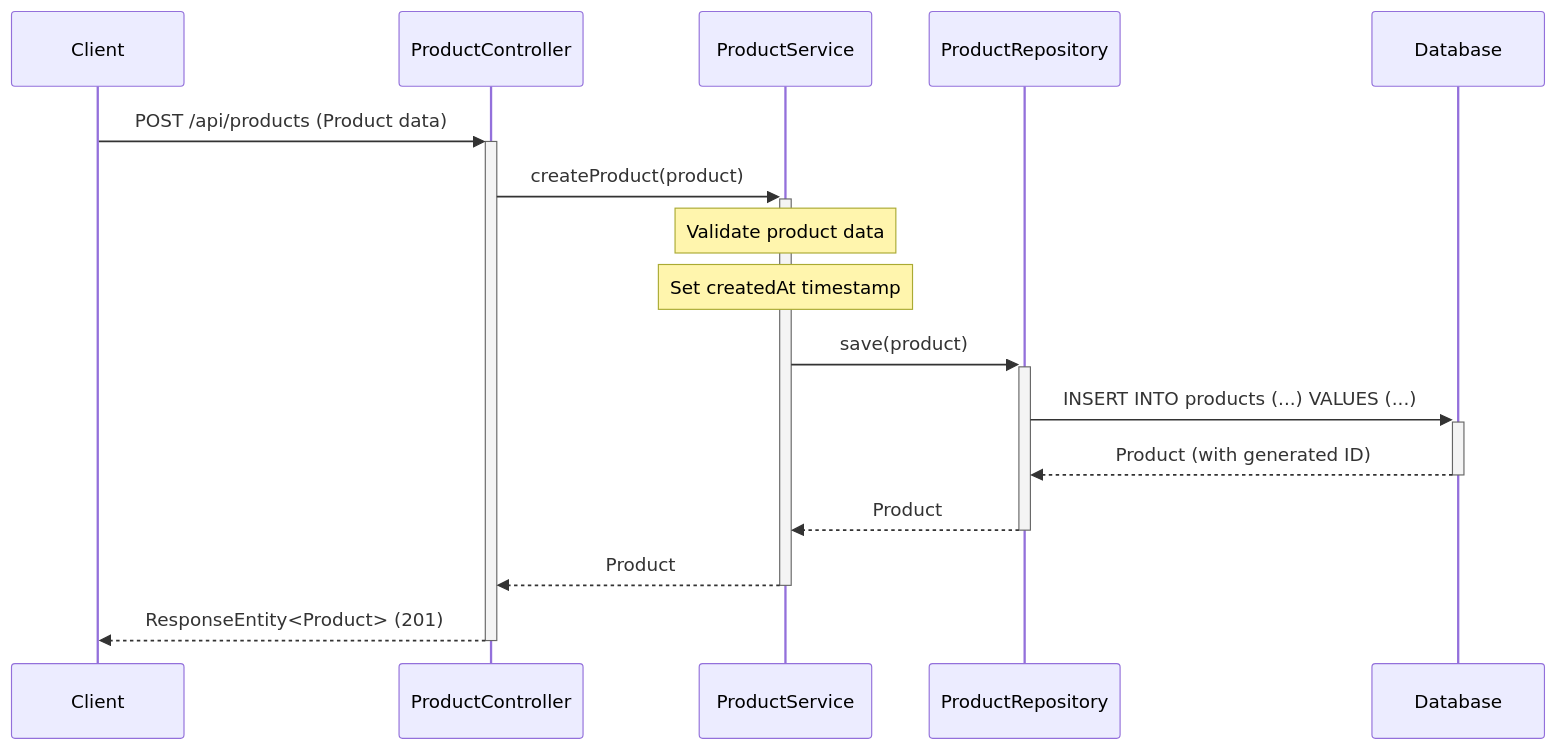
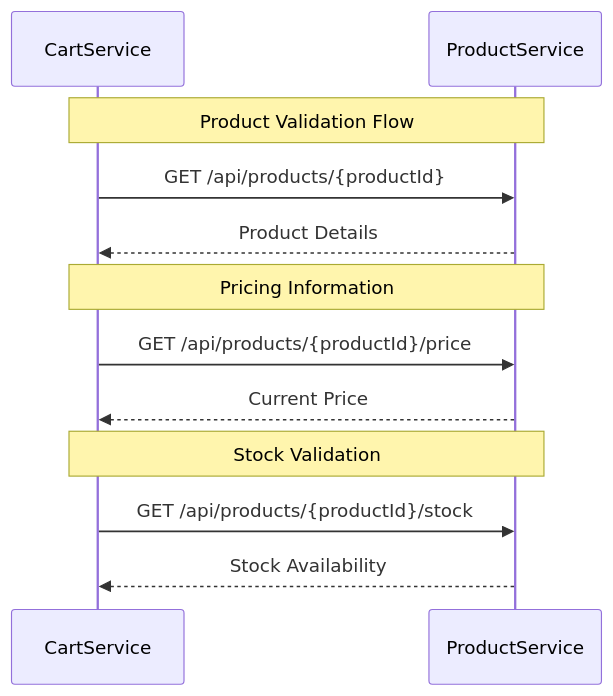
The sixth of 8 diagrams in docs/LLD/lld.md (NavneetBN47/aava-ecom-demo), drawn with Mermaid before and after one commit. The commit also changed other lines of this file, not shown here.

````diff
--- a/docs/LLD/lld.md
+++ b/docs/LLD/lld.md
@@ -147,21 +609,17 @@
 ```mermaid
 sequenceDiagram
-    participant Client
-    participant ProductController
+    participant CartService
     participant ProductService
-    participant ProductRepository
-    participant Database
     
-    Client->>+ProductController: POST /api/products (Product data)
-    ProductController->>+ProductService: createProduct(product)
+    Note over CartService,ProductService: Product Validation Flow
+    CartService->>ProductService: GET /api/products/{productId}
+    ProductService-->>CartService: Product Details
     
-    Note over ProductService: Validate product data
-    Note over ProductService: Set createdAt timestamp
+    Note over CartService,ProductService: Pricing Information
+    CartService->>ProductService: GET /api/products/{productId}/price
+    ProductService-->>CartService: Current Price
     
-    ProductService->>+ProductRepository: save(product)
-    ProductRepository->>+Database: INSERT INTO products (...) VALUES (...)
-    Database-->>-ProductRepository: Product (with generated ID)
-    ProductRepository-->>-ProductService: Product
-    ProductService-->>-ProductController: Product
-    ProductController-->>-Client: ResponseEntity<Product> (201)
+    Note over CartService,ProductService: Stock Validation
+    CartService->>ProductService: GET /api/products/{productId}/stock
+    ProductService-->>CartService: Stock Availability
 ```
````
